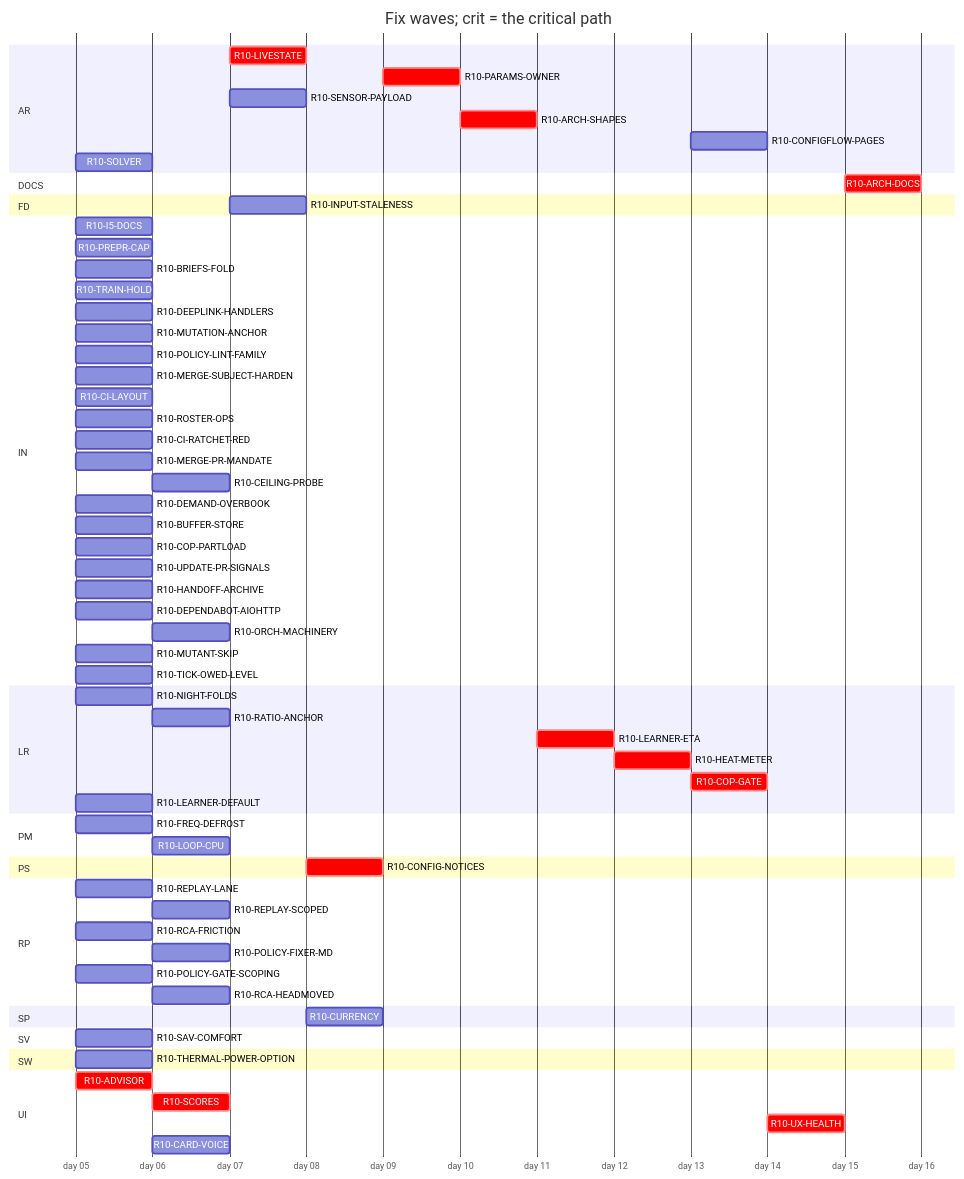
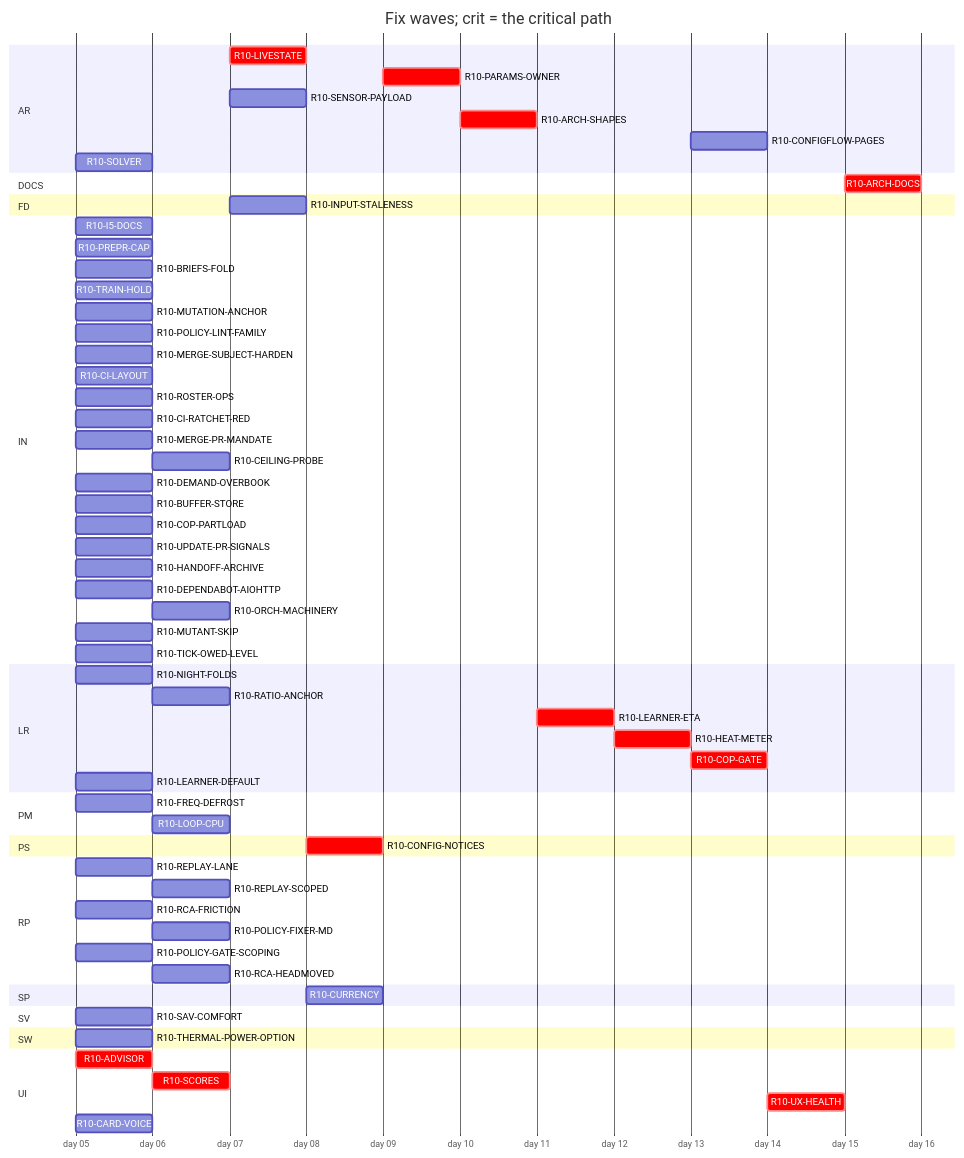
The diagram in handoff/round10/state/PLAN-TABLE.md (tvofi/heatpump_optimizer), drawn with Mermaid before and after one commit. The commit also changed other lines of this file and 2 other files, not shown here.

````diff
--- a/handoff/round10/state/PLAN-TABLE.md
+++ b/handoff/round10/state/PLAN-TABLE.md
@@ -25,70 +25,69 @@
 ```mermaid
 gantt
   title Fix waves; crit = the critical path
   dateFormat YYYY-MM-DD
   axisFormat day %d
   section AR
     R10-LIVESTATE :crit, r10LIVESTATE, after r10SCORES, 1d
     R10-PARAMS-OWNER :crit, r10PARAMSOWNER, after r10CONFIGNOTICES, 1d
     R10-SENSOR-PAYLOAD :r10SENSORPAYLOAD, after r10SCORES, 1d
     R10-ARCH-SHAPES :crit, r10ARCHSHAPES, after r10PARAMSOWNER r10SENSORPAYLOAD r10FREQDEFROST, 1d
     R10-CONFIGFLOW-PAGES :r10CONFIGFLOWPAGES, after r10HEATMETER, 1d
     R10-SOLVER :r10SOLVER, 2026-01-05, 1d
   section DOCS
-    R10-ARCH-DOCS :crit, r10ARCHDOCS, after r10NIGHTFOLDS r10RATIOANCHOR r10INPUTSTALENESS r10CURRENCY r10FREQDEFROST r10LOOPCPU r10ADVISOR r10SCORES r10LIVESTATE r10CONFIGNOTICES r10PARAMSOWNER r10SENSORPAYLOAD r10ARCHSHAPES r10LEARNERETA r10HEATMETER r10COPGATE r10UXHEALTH r10CONFIGFLOWPAGES r10SOLVER r10I5DOCS r10BRIEFSFOLD r10REPLAYLANE r10REPLAYSCOPED r10TRAINHOLD r10DEEPLINKHANDLERS, 1d
+    R10-ARCH-DOCS :crit, r10ARCHDOCS, after r10NIGHTFOLDS r10RATIOANCHOR r10INPUTSTALENESS r10CURRENCY r10FREQDEFROST r10LOOPCPU r10ADVISOR r10SCORES r10LIVESTATE r10CONFIGNOTICES r10PARAMSOWNER r10SENSORPAYLOAD r10ARCHSHAPES r10LEARNERETA r10HEATMETER r10COPGATE r10UXHEALTH r10CONFIGFLOWPAGES r10SOLVER r10I5DOCS r10BRIEFSFOLD r10REPLAYLANE r10REPLAYSCOPED r10TRAINHOLD, 1d
   section FD
     R10-INPUT-STALENESS :r10INPUTSTALENESS, after r10RATIOANCHOR, 1d
   section IN
     R10-I5-DOCS :r10I5DOCS, 2026-01-05, 1d
     R10-PREPR-CAP :r10PREPRCAP, 2026-01-05, 1d
     R10-BRIEFS-FOLD :r10BRIEFSFOLD, 2026-01-05, 1d
     R10-TRAIN-HOLD :r10TRAINHOLD, 2026-01-05, 1d
-    R10-DEEPLINK-HANDLERS :r10DEEPLINKHANDLERS, 2026-01-05, 1d
     R10-MUTATION-ANCHOR :r10MUTATIONANCHOR, 2026-01-05, 1d
     R10-POLICY-LINT-FAMILY :r10POLICYLINTFAMILY, 2026-01-05, 1d
     R10-MERGE-SUBJECT-HARDEN :r10MERGESUBJECTHARDEN, 2026-01-05, 1d
     R10-CI-LAYOUT :r10CILAYOUT, 2026-01-05, 1d
     R10-ROSTER-OPS :r10ROSTEROPS, 2026-01-05, 1d
     R10-CI-RATCHET-RED :r10CIRATCHETRED, 2026-01-05, 1d
     R10-MERGE-PR-MANDATE :r10MERGEPRMANDATE, 2026-01-05, 1d
     R10-CEILING-PROBE :r10CEILINGPROBE, after r10CILAYOUT r10NIGHTFOLDS, 1d
     R10-DEMAND-OVERBOOK :r10DEMANDOVERBOOK, 2026-01-05, 1d
     R10-BUFFER-STORE :r10BUFFERSTORE, 2026-01-05, 1d
     R10-COP-PARTLOAD :r10COPPARTLOAD, 2026-01-05, 1d
     R10-UPDATE-PR-SIGNALS :r10UPDATEPRSIGNALS, 2026-01-05, 1d
     R10-HANDOFF-ARCHIVE :r10HANDOFFARCHIVE, 2026-01-05, 1d
     R10-DEPENDABOT-AIOHTTP :r10DEPENDABOTAIOHTTP, 2026-01-05, 1d
     R10-ORCH-MACHINERY :r10ORCHMACHINERY, after r10ROSTEROPS r10CILAYOUT, 1d
     R10-MUTANT-SKIP :r10MUTANTSKIP, 2026-01-05, 1d
     R10-TICK-OWED-LEVEL :r10TICKOWEDLEVEL, 2026-01-05, 1d
   section LR
     R10-NIGHT-FOLDS :r10NIGHTFOLDS, 2026-01-05, 1d
     R10-RATIO-ANCHOR :r10RATIOANCHOR, after r10NIGHTFOLDS, 1d
     R10-LEARNER-ETA :crit, r10LEARNERETA, after r10ARCHSHAPES, 1d
     R10-HEAT-METER :crit, r10HEATMETER, after r10LEARNERETA r10INPUTSTALENESS r10RATIOANCHOR, 1d
     R10-COP-GATE :crit, r10COPGATE, after r10HEATMETER r10SENSORPAYLOAD, 1d
     R10-LEARNER-DEFAULT :r10LEARNERDEFAULT, 2026-01-05, 1d
   section PM
     R10-FREQ-DEFROST :r10FREQDEFROST, 2026-01-05, 1d
     R10-LOOP-CPU :r10LOOPCPU, after r10FREQDEFROST, 1d
   section PS
     R10-CONFIG-NOTICES :crit, r10CONFIGNOTICES, after r10LIVESTATE, 1d
   section RP
     R10-REPLAY-LANE :r10REPLAYLANE, 2026-01-05, 1d
     R10-REPLAY-SCOPED :r10REPLAYSCOPED, after r10REPLAYLANE r10TRAINHOLD, 1d
     R10-RCA-FRICTION :r10RCAFRICTION, 2026-01-05, 1d
     R10-POLICY-FIXER-MD :r10POLICYFIXERMD, after r10RCAFRICTION r10BRIEFSFOLD, 1d
     R10-POLICY-GATE-SCOPING :r10POLICYGATESCOPING, 2026-01-05, 1d
     R10-RCA-HEADMOVED :r10RCAHEADMOVED, after r10RCAFRICTION, 1d
   section SP
     R10-CURRENCY :r10CURRENCY, after r10INPUTSTALENESS, 1d
   section SV
     R10-SAV-COMFORT :r10SAVCOMFORT, 2026-01-05, 1d
   section SW
     R10-THERMAL-POWER-OPTION :r10THERMALPOWEROPTION, 2026-01-05, 1d
   section UI
     R10-ADVISOR :crit, r10ADVISOR, 2026-01-05, 1d
     R10-SCORES :crit, r10SCORES, after r10ADVISOR, 1d
     R10-UX-HEALTH :crit, r10UXHEALTH, after r10SCORES r10COPGATE r10HEATMETER, 1d
-    R10-CARD-VOICE :r10CARDVOICE, after r10DEEPLINKHANDLERS, 1d
+    R10-CARD-VOICE :r10CARDVOICE, 2026-01-05, 1d
 ```
````
